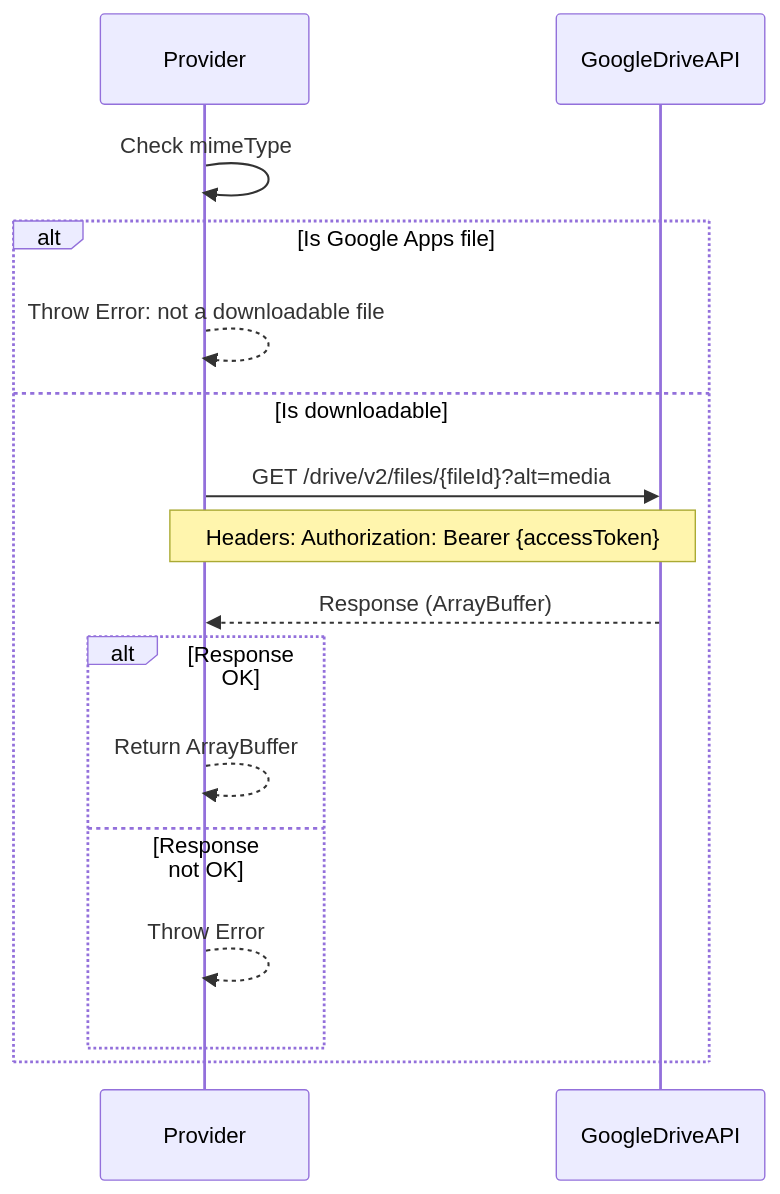
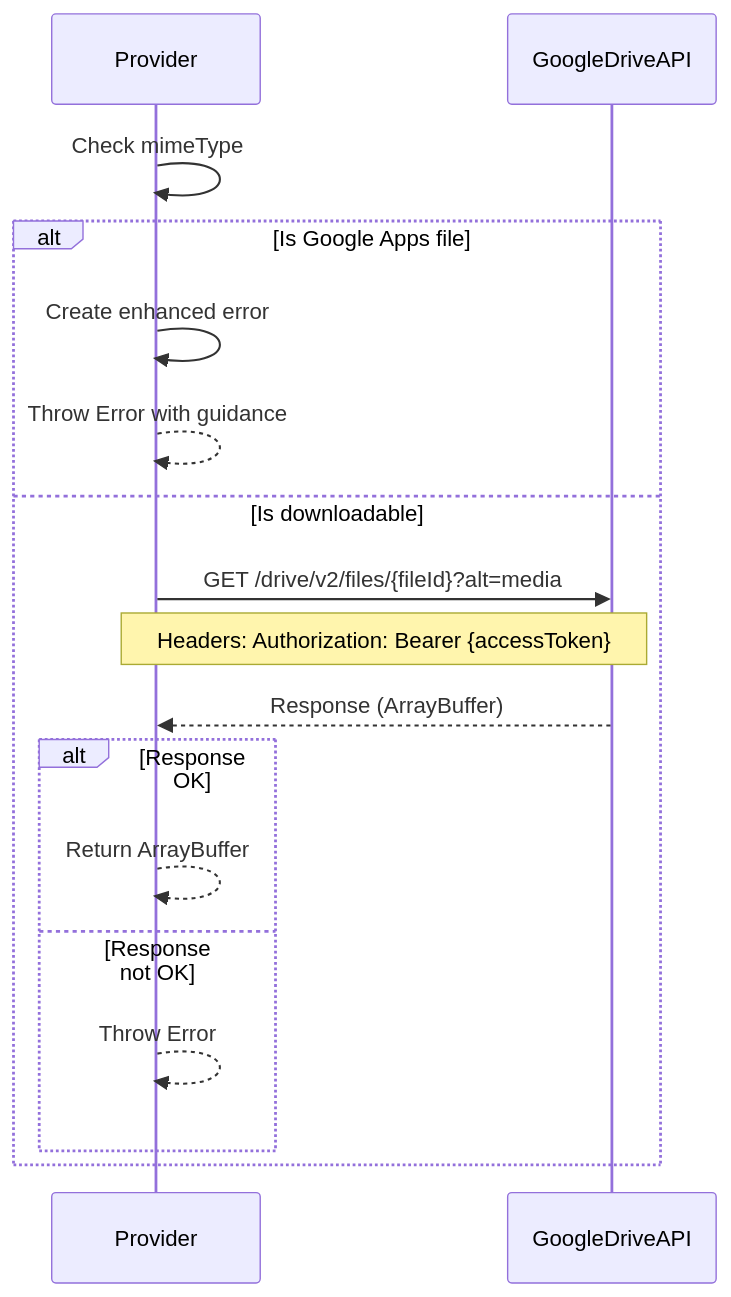
One commit to gjchentw/opfs-cloud-file changed the sixth of 13 diagrams in openspec/specs/google-drive-v2-provider/spec.md. Above: the diagram before and after it, drawn with Mermaid. The commit also changed other lines of this file and 29 other files, not shown here.

````diff
--- a/openspec/specs/google-drive-v2-provider/spec.md
+++ b/openspec/specs/google-drive-v2-provider/spec.md
@@ -233,19 +233,20 @@
 ```mermaid
 sequenceDiagram
     participant Provider
     participant GoogleDriveAPI
     
     Provider->>Provider: Check mimeType
     alt Is Google Apps file
-        Provider-->>Provider: Throw Error: not a downloadable file
+        Provider->>Provider: Create enhanced error
+        Provider-->>Provider: Throw Error with guidance
     else Is downloadable
         Provider->>GoogleDriveAPI: GET /drive/v2/files/{fileId}?alt=media
         Note over Provider,GoogleDriveAPI: Headers: Authorization: Bearer {accessToken}
         GoogleDriveAPI-->>Provider: Response (ArrayBuffer)
         alt Response OK
             Provider-->>Provider: Return ArrayBuffer
         else Response not OK
             Provider-->>Provider: Throw Error
         end
     end
 ```
````
